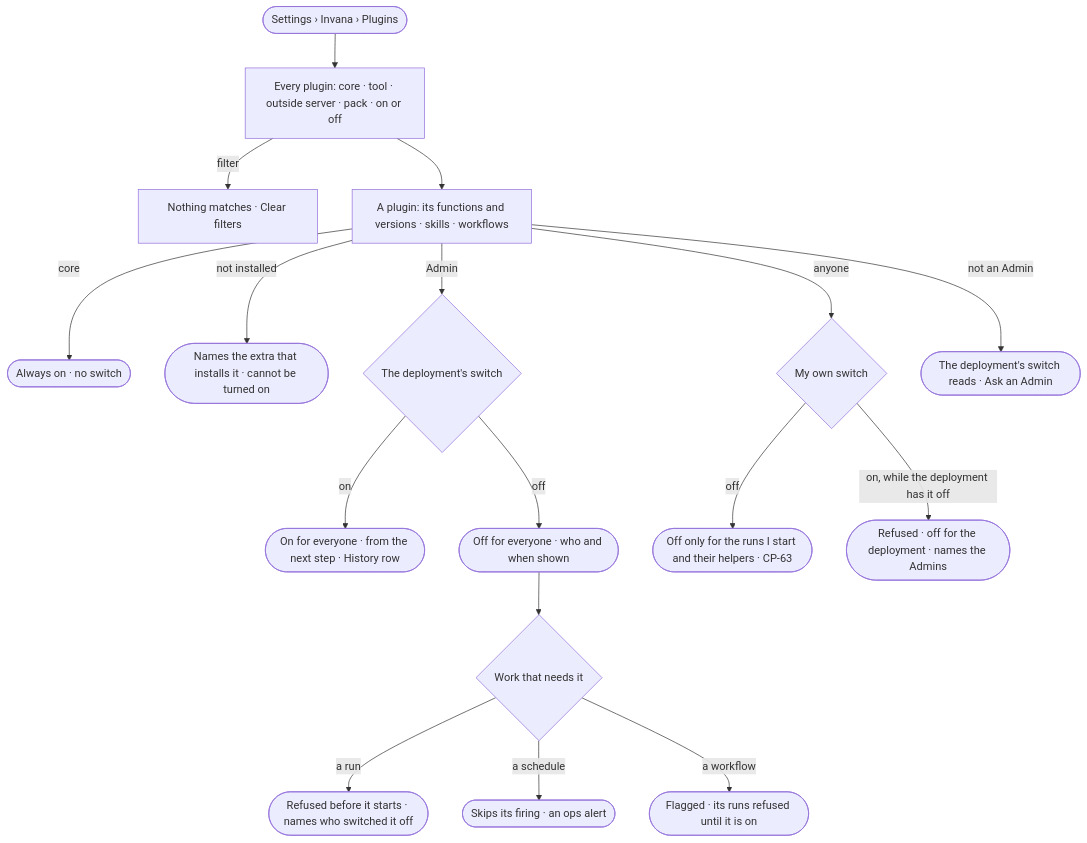
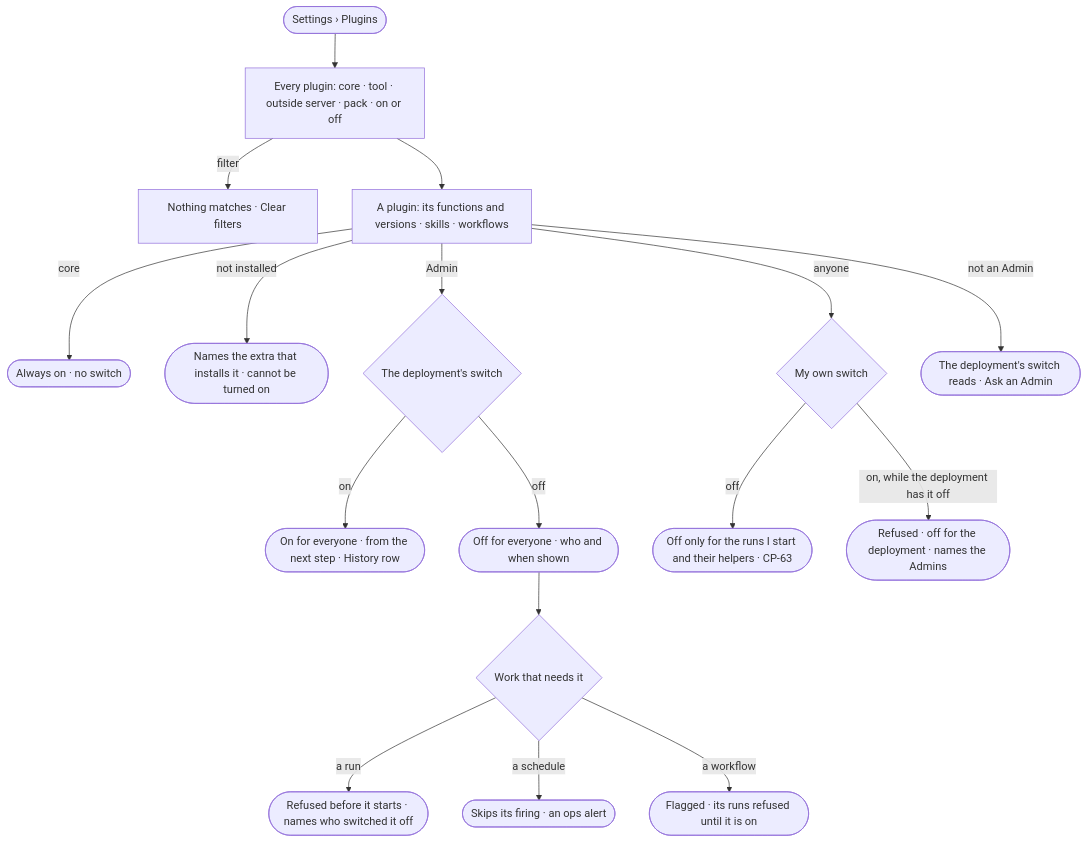
The diagram in specs/os/control/features/CP-F02-plugins-and-outside-tools/stories/CP-04-see-every-plugin-and-switch-it-on-or-off/story.md (invana/invana), drawn with Mermaid before and after one commit. The commit also changed other lines of this file and 456 other files, not shown here.

````diff
--- a/specs/os/control/features/CP-F02-plugins-and-outside-tools/stories/CP-04-see-every-plugin-and-switch-it-on-or-off/story.md
+++ b/specs/os/control/features/CP-F02-plugins-and-outside-tools/stories/CP-04-see-every-plugin-and-switch-it-on-or-off/story.md
@@ -29,19 +30,19 @@
 ```mermaid
 flowchart TD
-  s([Settings › Invana › Plugins]) --> l["Every plugin: core · tool · outside server · pack · on or off"]
+  s([Settings › Plugins]) --> l["Every plugin: core · tool · outside server · pack · on or off"]
   l -->|filter| f["Nothing matches · Clear filters"]
   l --> p["A plugin: its functions and versions · skills · workflows"]
   p -->|core| always(["Always on · no switch"])
   p -->|not installed| ni(["Names the extra that installs it · cannot be turned on"])
   p -->|Admin| sw{"The deployment's switch"}
   sw -->|on| on(["On for everyone · from the next step · History row"])
   sw -->|off| off(["Off for everyone · who and when shown"])
   off --> w{"Work that needs it"}
   w -->|a run| r(["Refused before it starts · names who switched it off"])
   w -->|a schedule| sc(["Skips its firing · an ops alert"])
   w -->|a workflow| wf(["Flagged · its runs refused until it is on"])
   p -->|anyone| me{"My own switch"}
   me -->|off| mo(["Off only for the runs I start and their helpers · CP-63"])
   me -->|on, while the deployment has it off| no(["Refused · off for the deployment · names the Admins"])
   p -->|not an Admin| ro(["The deployment's switch reads · Ask an Admin"])
 ```
````
